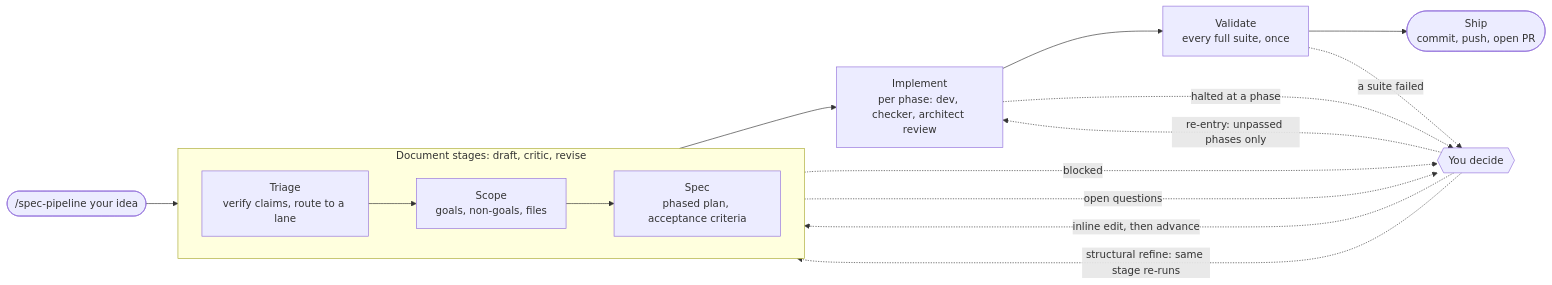
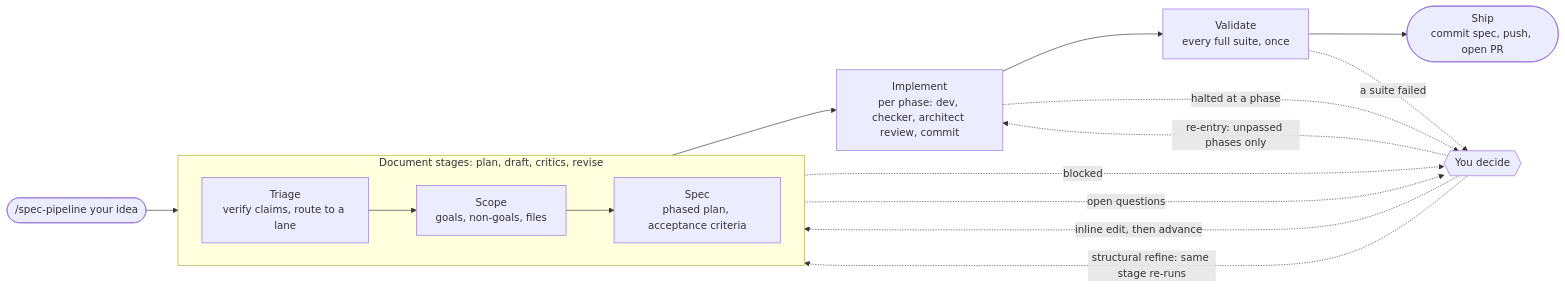
One commit to raseley/spec-pipeline changed the diagram in README.md. Above: the diagram before and after it, drawn with Mermaid. The commit also changed other lines of this file and 14 other files, not shown here.

````diff
--- a/README.md
+++ b/README.md
@@ -52,22 +55,22 @@
 ```mermaid
 flowchart LR
     idea(["/spec-pipeline your idea"]) --> triage
 
-    subgraph docs ["Document stages: draft, critic, revise"]
+    subgraph docs ["Document stages: plan, draft, critics, revise"]
         direction LR
         triage["Triage<br/>verify claims, route to a lane"] --> scope["Scope<br/>goals, non-goals, files"]
         scope --> spec["Spec<br/>phased plan, acceptance criteria"]
     end
 
-    spec --> impl["Implement<br/>per phase: dev, checker, architect review"]
+    spec --> impl["Implement<br/>per phase: dev, checker, architect review, commit"]
     impl --> validate["Validate<br/>every full suite, once"]
-    validate --> ship(["Ship<br/>commit, push, open PR"])
+    validate --> ship(["Ship<br/>commit spec, push, open PR"])
 
     triage -. "blocked" .-> you{{"You decide"}}
     docs -. "open questions" .-> you
     impl -. "halted at a phase" .-> you
     validate -. "a suite failed" .-> you
     you -. "inline edit, then advance" .-> docs
     you -. "structural refine: same stage re-runs" .-> docs
     you -. "re-entry: unpassed phases only" .-> impl
 ```
````
